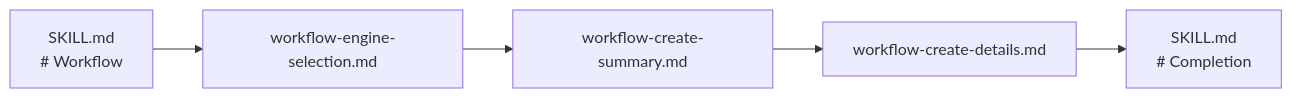
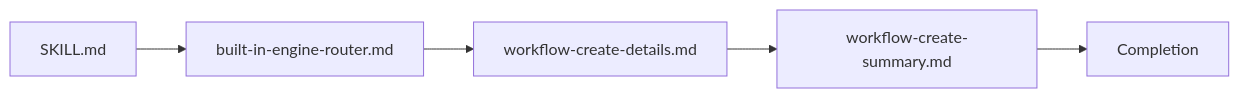
The diagram in src/skills/iceberg-code-review/SKILL.md (mols3131d/mols-agent-assets), drawn with Mermaid before and after one commit. The commit also changed other lines of this file and 9 other files, not shown here.

````diff
--- a/src/skills/iceberg-code-review/SKILL.md
+++ b/src/skills/iceberg-code-review/SKILL.md
@@ -14,7 +14,7 @@
 ```mermaid
 flowchart LR
-    A[SKILL.md<br/># Workflow] --> B[workflow-engine-selection.md]
-    B --> C[workflow-create-summary.md]
-    C --> D[workflow-create-details.md]
-    D --> E[SKILL.md<br/># Completion]
+    A[SKILL.md] --> B[built-in-engine-router.md]
+    B --> C[workflow-create-details.md]
+    C --> D[workflow-create-summary.md]
+    D --> E[Completion]
 ```
````
